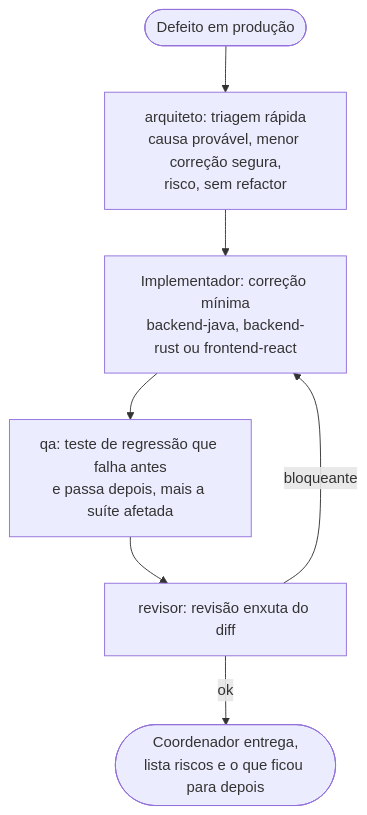
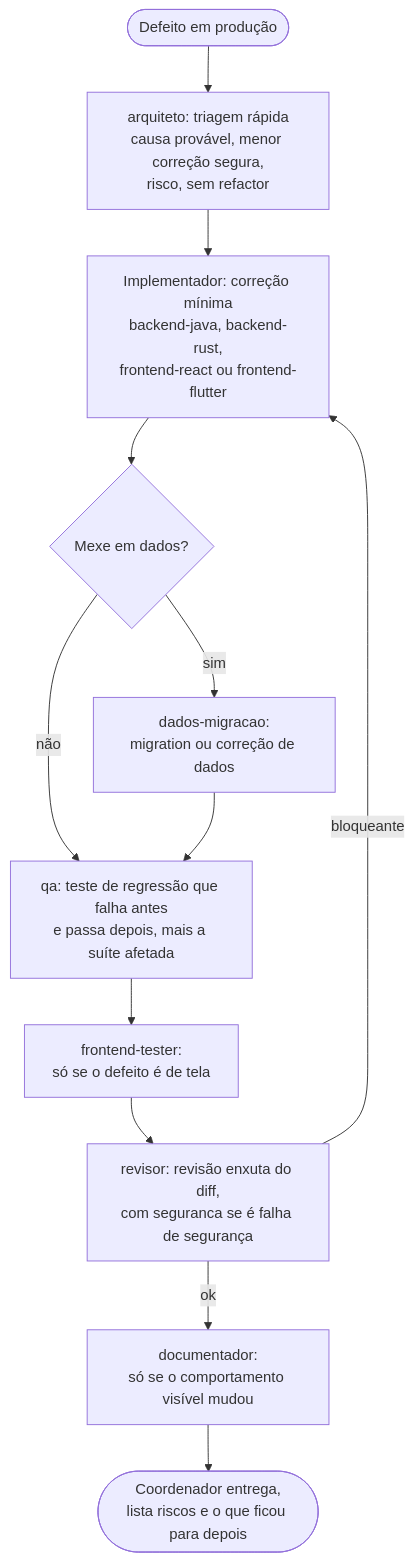
The third of 3 diagrams in seedgridKB/SeedGrid/Toolkit/references/fluxo-de-trabalho.md (SeedGrid/seedgrid-ai), drawn with Mermaid before and after one commit. The commit also changed other lines of this file and 4 other files, not shown here.

Commit message:
KB Toolkit (P163 onda 4, host): fluxo com os 13 papeis e diagramas de projeto novo, feature e hotfix; coordenacao, glossario, indice de ferramentas (sem ferramenta de plataforma) e Toolkit-mapa (P163.F1.T7)

````diff
--- a/seedgridKB/SeedGrid/Toolkit/references/fluxo-de-trabalho.md
+++ b/seedgridKB/SeedGrid/Toolkit/references/fluxo-de-trabalho.md
@@ -56,9 +95,14 @@
 ```mermaid
 flowchart TD
     U([Defeito em produção]) --> A[arquiteto: triagem rápida<br/>causa provável, menor correção segura,<br/>risco, sem refactor]
-    A --> I[Implementador: correção mínima<br/>backend-java, backend-rust ou frontend-react]
-    I --> QA[qa: teste de regressão que falha antes<br/>e passa depois, mais a suíte afetada]
-    QA --> R[revisor: revisão enxuta do diff]
+    A --> I[Implementador: correção mínima<br/>backend-java, backend-rust,<br/>frontend-react ou frontend-flutter]
+    I --> DM{Mexe em dados?}
+    DM -- sim --> DMG[dados-migracao:<br/>migration ou correção de dados]
+    DM -- não --> QA
+    DMG --> QA[qa: teste de regressão que falha antes<br/>e passa depois, mais a suíte afetada]
+    QA --> FT[frontend-tester:<br/>só se o defeito é de tela]
+    FT --> R[revisor: revisão enxuta do diff,<br/>com seguranca se é falha de segurança]
     R -- bloqueante --> I
-    R -- ok --> F([Coordenador entrega,<br/>lista riscos e o que ficou para depois])
+    R -- ok --> DOC[documentador:<br/>só se o comportamento visível mudou]
+    DOC --> F([Coordenador entrega,<br/>lista riscos e o que ficou para depois])
 ```
````
